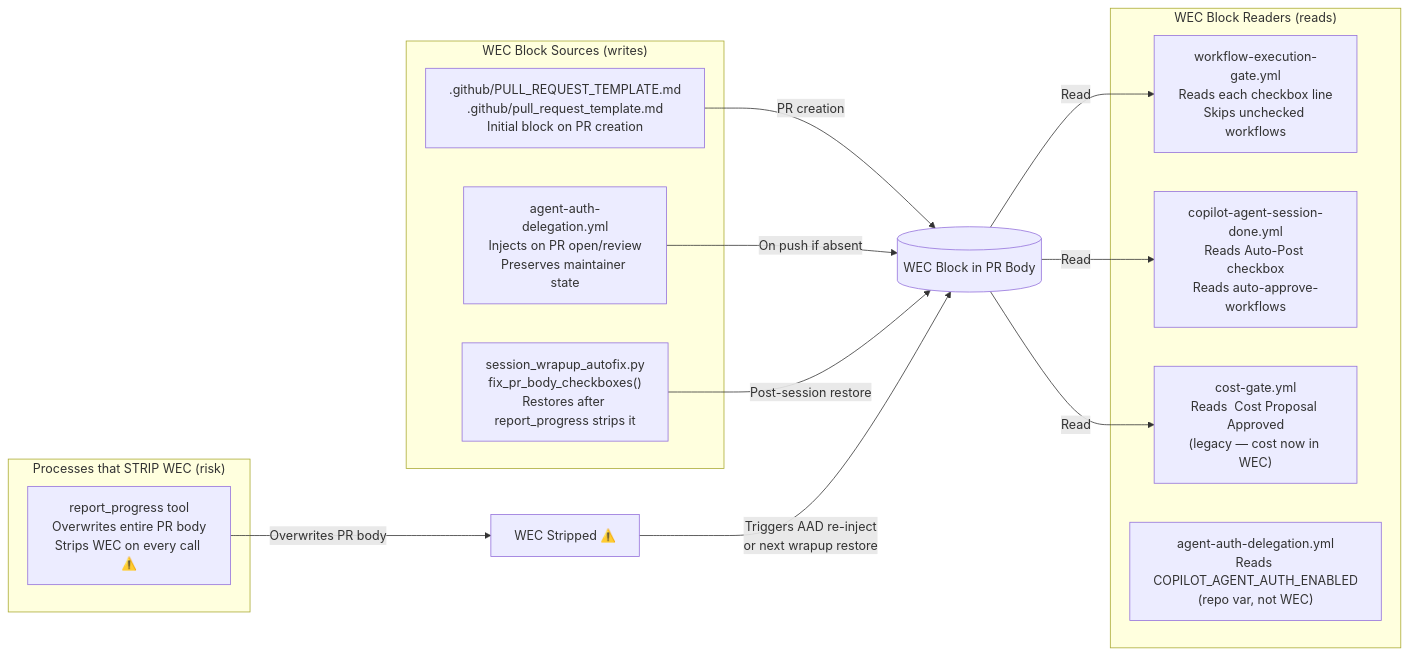
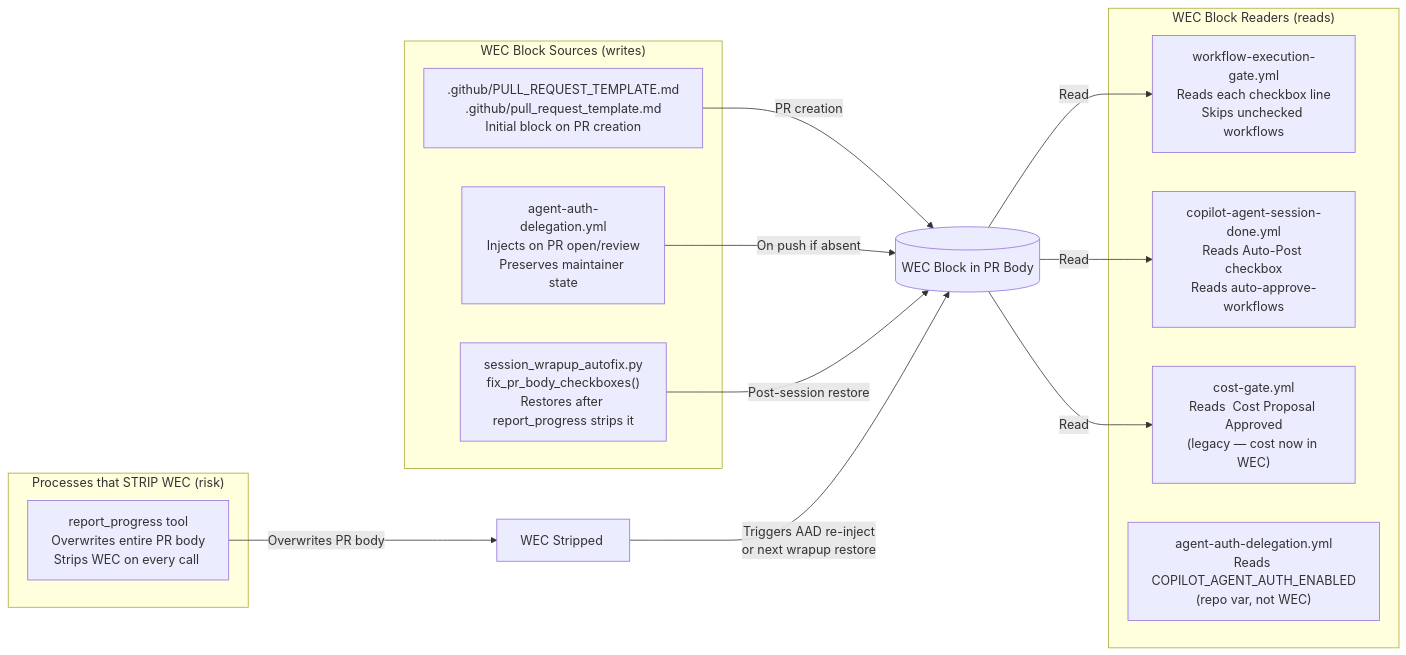
The second of 9 diagrams in docs/workflows/PR_COMMENT_LIFECYCLE.md (Aries-Serpent/_codex_), drawn with Mermaid before and after one commit. The commit also changed other lines of this file and 1989 other files, not shown here.

````diff
--- a/docs/workflows/PR_COMMENT_LIFECYCLE.md
+++ b/docs/workflows/PR_COMMENT_LIFECYCLE.md
@@ -118,29 +118,29 @@
 ```mermaid
 %%{init: {'accessibility': {'title': 'Flowchart showing "WEC Block Sources (writes)", ".github/PULL_REQUEST_TEMPLATE.md\n.github/pull_request_template.md\nInitial block on PR creation"'}}%%
 flowchart LR
     subgraph WEC_SOURCES["WEC Block Sources (writes)"]
         TEMPLATE[".github/PULL_REQUEST_TEMPLATE.md\n.github/pull_request_template.md\nInitial block on PR creation"]
         AAD_INJ["agent-auth-delegation.yml\nInjects on PR open/review\nPreserves maintainer state"]
         WRAPUP["session_wrapup_autofix.py\nfix_pr_body_checkboxes()\nRestores after report_progress strips it"]
     end
 
     subgraph WEC_READERS["WEC Block Readers (reads)"]
         EXECGATE["workflow-execution-gate.yml\nReads each checkbox line\nSkips unchecked workflows"]
         SESDONE_R["copilot-agent-session-done.yml\nReads Auto-Post checkbox\nReads auto-approve-workflows"]
         COSTGATE["cost-gate.yml\nReads  Cost Proposal Approved\n(legacy — cost now in WEC)"]
         AUTHGATE["agent-auth-delegation.yml\nReads COPILOT_AGENT_AUTH_ENABLED\n(repo var, not WEC)"]
     end
 
     subgraph WEC_STRIPPERS["Processes that STRIP WEC (risk)"]
-        RPTPROG["report_progress tool\nOverwrites entire PR body\nStrips WEC on every call ⚠️"]
+        RPTPROG["report_progress tool\nOverwrites entire PR body\nStrips WEC on every call ️"]
     end
 
     TEMPLATE -->|"PR creation"| WEC_BLOCK[(WEC Block in PR Body)]
     AAD_INJ -->|"On push if absent"| WEC_BLOCK
     WRAPUP -->|"Post-session restore"| WEC_BLOCK
     WEC_BLOCK -->|"Read"| EXECGATE
     WEC_BLOCK -->|"Read"| SESDONE_R
     WEC_BLOCK -->|"Read"| COSTGATE
-    RPTPROG -->|"Overwrites PR body"| STRIP[WEC Stripped ⚠️]
+    RPTPROG -->|"Overwrites PR body"| STRIP[WEC Stripped ️]
     STRIP -->|"Triggers AAD re-inject\nor next wrapup restore"| WEC_BLOCK
 ```
````
